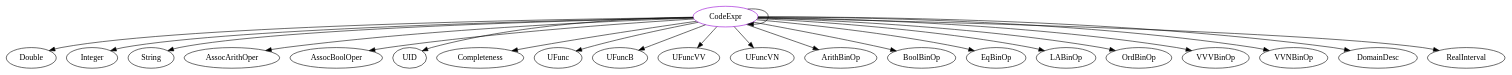
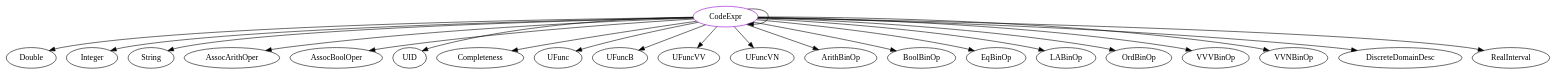
One commit to JacquesCarette/Drasil changed the diagram in analysis/TypeDependencyGraphs/code-base/CodeExpr.dot. Above: the diagram before and after it, drawn with Graphviz. The commit also changed 710 other files, not shown here.

```diff
--- a/analysis/TypeDependencyGraphs/code-base/CodeExpr.dot
+++ b/analysis/TypeDependencyGraphs/code-base/CodeExpr.dot
@@ -1,24 +1,24 @@
 digraph codeexpr{
 CodeExpr	[shape=oval, color=darkviolet, label="CodeExpr"];
 CodeExpr -> Double;
 CodeExpr -> CodeExpr;
 CodeExpr -> Integer;
 CodeExpr -> String;
 CodeExpr -> AssocArithOper;
 CodeExpr -> AssocBoolOper;
 CodeExpr -> UID;
 CodeExpr -> Completeness;
 CodeExpr -> UFunc;
 CodeExpr -> UFuncB;
 CodeExpr -> UFuncVV;
 CodeExpr -> UFuncVN;
 CodeExpr -> ArithBinOp;
 CodeExpr -> BoolBinOp;
 CodeExpr -> EqBinOp;
 CodeExpr -> LABinOp;
 CodeExpr -> OrdBinOp;
 CodeExpr -> VVVBinOp;
 CodeExpr -> VVNBinOp;
-CodeExpr -> DomainDesc;
+CodeExpr -> DiscreteDomainDesc;
 CodeExpr -> RealInterval;
 }
```
